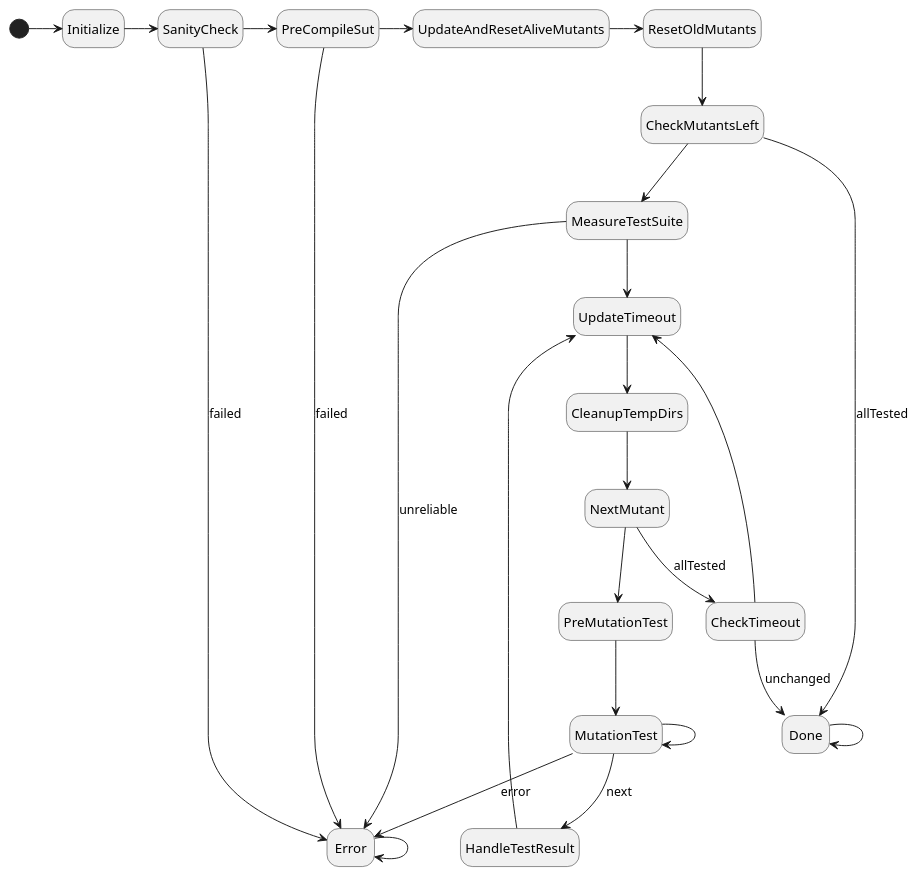
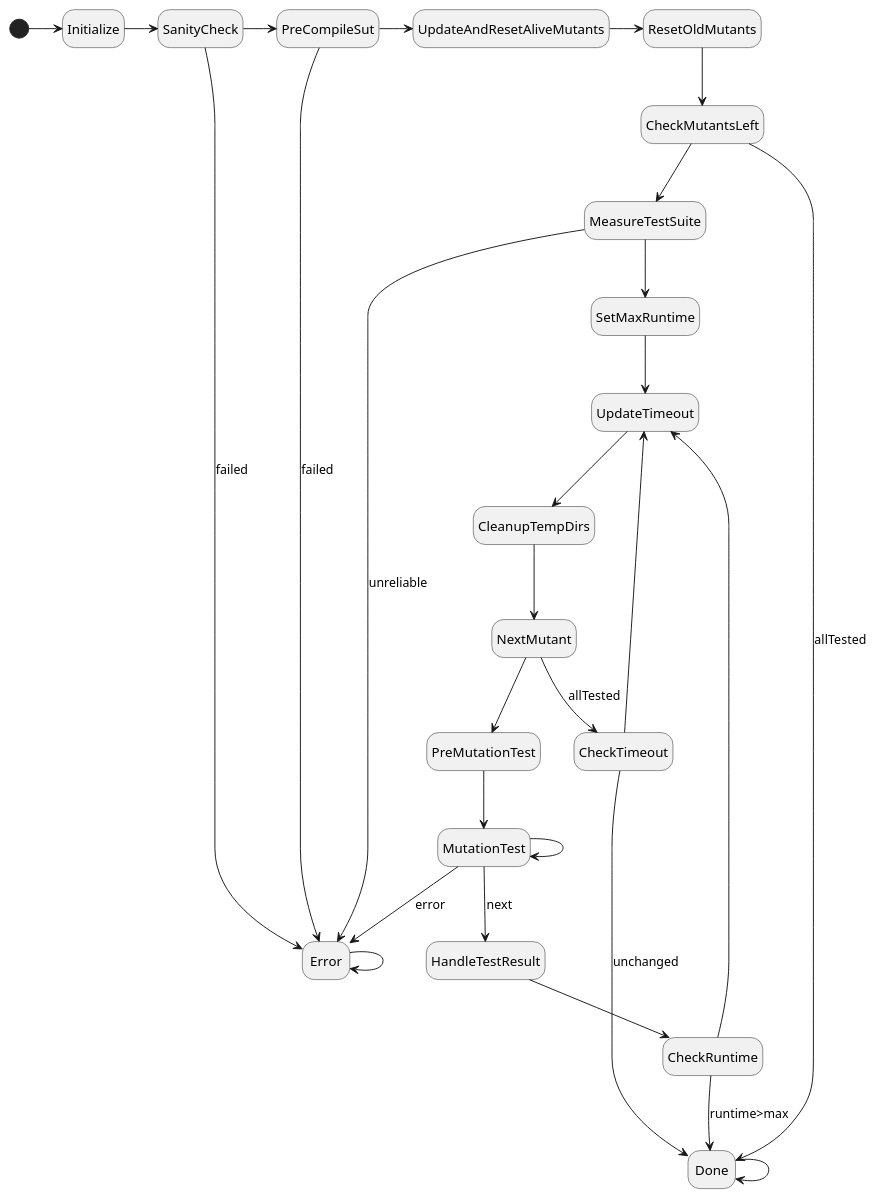
The diagram in plugin/mutate/doc/design/figures/test_mutant_fsm.pu (joakim-brannstrom/dextool), drawn with PlantUML before and after one commit. The commit also changed 1 other file, not shown here.

Commit message:
mutate: (doc) add req for max runtime

```diff
--- a/plugin/mutate/doc/design/figures/test_mutant_fsm.pu
+++ b/plugin/mutate/doc/design/figures/test_mutant_fsm.pu
@@ -1,45 +1,50 @@
 @startuml
 hide empty description
 
 [*] -> Initialize
 
 Initialize -> SanityCheck
 
 SanityCheck --> Error : failed
 SanityCheck -> PreCompileSut
 
 PreCompileSut --> Error : failed
 PreCompileSut -> UpdateAndResetAliveMutants
 
 UpdateAndResetAliveMutants -> ResetOldMutants
 
 ResetOldMutants --> CheckMutantsLeft
 
 UpdateTimeout --> CleanupTempDirs
 
 CleanupTempDirs --> NextMutant
 
 CheckMutantsLeft --> Done : allTested
 CheckMutantsLeft --> MeasureTestSuite
 
 MeasureTestSuite --> Error : unreliable
-MeasureTestSuite --> UpdateTimeout
+MeasureTestSuite --> SetMaxRuntime
+
+SetMaxRuntime --> UpdateTimeout
+
+CheckRuntime --> UpdateTimeout
+CheckRuntime --> Done : runtime>max
 
 NextMutant --> CheckTimeout : allTested
 NextMutant --> PreMutationTest
 
 PreMutationTest --> MutationTest
 
 MutationTest --> HandleTestResult : next
 MutationTest --> Error : error
 MutationTest --> MutationTest
 
-HandleTestResult --> UpdateTimeout
+HandleTestResult --> CheckRuntime
 
 CheckTimeout --> Done : unchanged
 CheckTimeout --> UpdateTimeout
 
 Done --> Done
 
 Error --> Error
 @enduml
```
